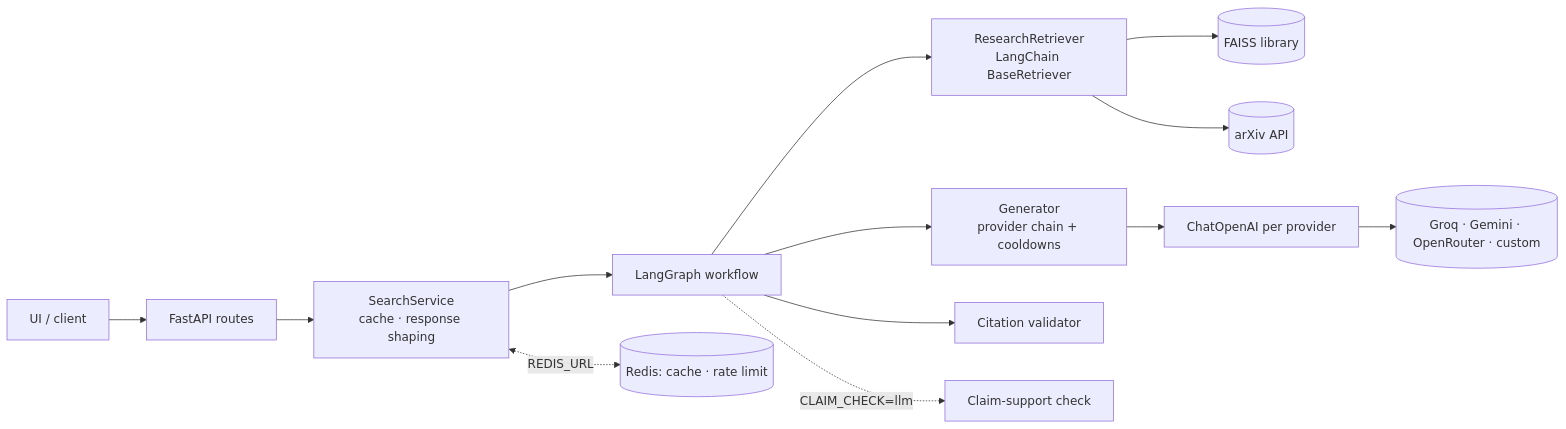
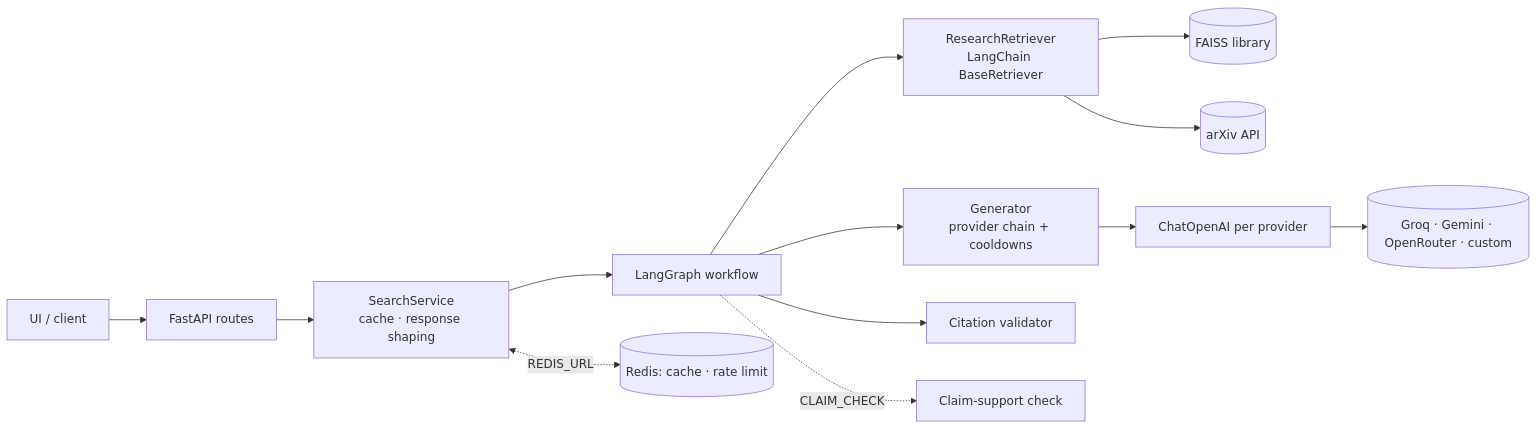
Before and after one commit to Prit00001/Contexta2.0: the diagram in README.md, drawn with Mermaid. The commit also changed other lines of this file and 16 other files, not shown here.

First line of the commit message:
feat: stronger hallucination checks - figure check by default, one-shot claim repair

````diff
--- a/README.md
+++ b/README.md
@@ -53,15 +53,15 @@
 ```mermaid
 flowchart LR
     C[UI / client] --> API[FastAPI routes]
     API --> S[SearchService<br/>cache · response shaping]
     S --> G[LangGraph workflow]
     G --> R[ResearchRetriever<br/>LangChain BaseRetriever]
     R --> F[(FAISS library)]
     R --> X[(arXiv API)]
     G --> GEN[Generator<br/>provider chain + cooldowns]
     GEN --> L[ChatOpenAI per provider]
     L --> P[(Groq · Gemini · OpenRouter · custom)]
     G --> V[Citation validator]
-    G -. CLAIM_CHECK=llm .-> CC[Claim-support check]
+    G -. CLAIM_CHECK .-> CC[Claim-support check]
     S <-. REDIS_URL .-> RD[(Redis: cache · rate limit)]
 ```
````
